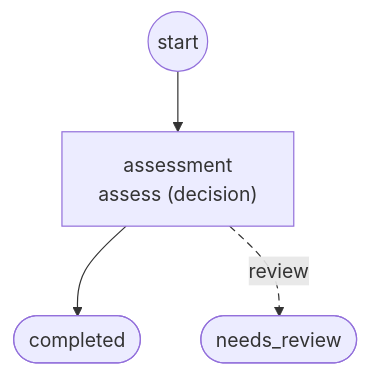
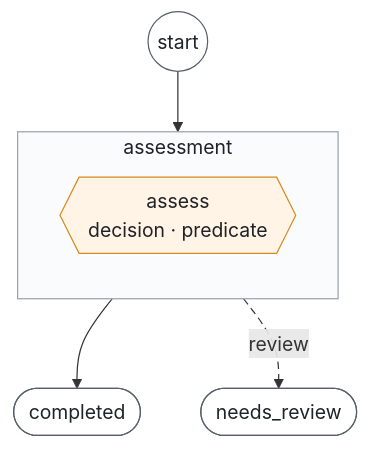
One commit to sebastianwessel/foliqant changed the third of 3 diagrams in examples/decision_evidence/WORKFLOWS.md. Above: the diagram before and after it, drawn with Mermaid. The commit also changed other lines of this file and 21 other files, not shown here.

First line of the commit message:
Render workflow graphs as subgraphs with steps, shapes and a legend

````diff
--- a/examples/decision_evidence/WORKFLOWS.md
+++ b/examples/decision_evidence/WORKFLOWS.md
@@ -27,11 +66,20 @@
 ```mermaid
 flowchart TD
-  start((start))
-  flow_assessment["assessment<br/>assess (decision)"]
-  outcome_completed(["completed"])
-  outcome_needs_review(["needs_review"])
-  start --> flow_assessment
-  flow_assessment --> outcome_completed
-  flow_assessment -.->|"review"| outcome_needs_review
+  start__((start))
+  subgraph assessment["assessment"]
+    direction TB
+    assessment__assess{{"assess<br/>decision · predicate"}}
+  end
+  outcome_completed__(["completed"])
+  outcome_needs_review__(["needs_review"])
+  start__ --> assessment
+  assessment --> outcome_completed__
+  assessment -.->|"review"| outcome_needs_review__
+  classDef decision fill:#fff4e5,stroke:#d68a1d,color:#1f2328
+  classDef flow fill:#fafbfc,stroke:#9aa1ab,color:#1f2328
+  classDef terminal fill:#ffffff,stroke:#57606a,color:#1f2328
+  class assessment__assess decision
+  class assessment flow
+  class start__,outcome_completed__,outcome_needs_review__ terminal
   linkStyle 2 stroke-dasharray: 6 4
 ```
````
